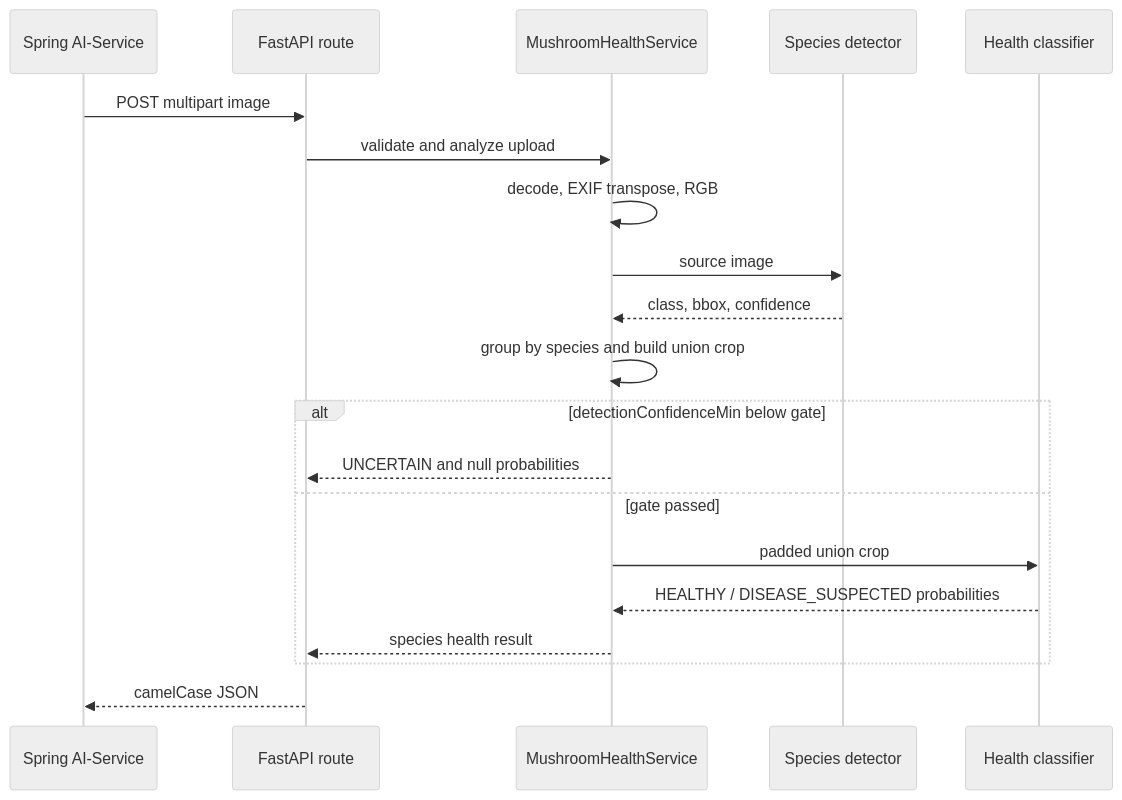
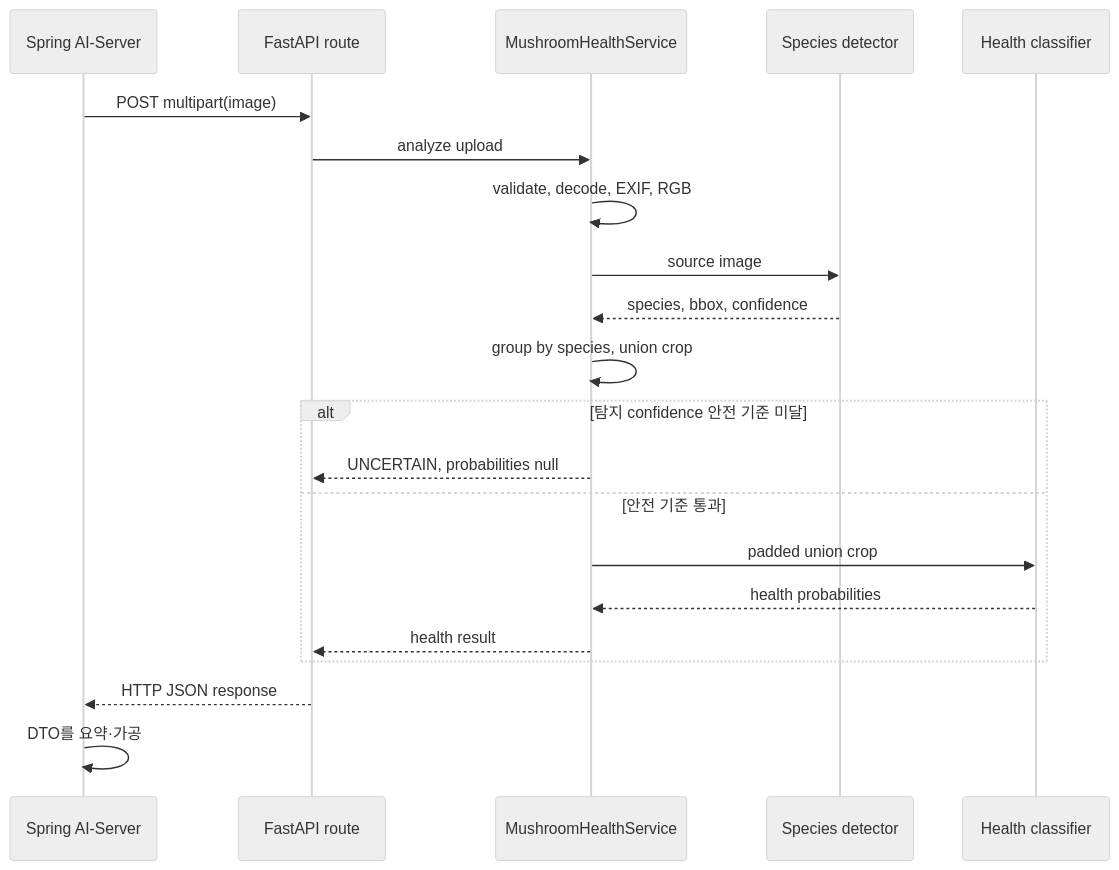
Before and after one commit to nhnacademy-aiot3-yes-ai-do/Vision_server: the second of 4 diagrams in docs/ARCHITECTURE.md, drawn with Mermaid (neutral theme). The commit also changed other lines of this file and 99 other files, not shown here.

````diff
--- a/docs/ARCHITECTURE.md
+++ b/docs/ARCHITECTURE.md
@@ -69,23 +47,24 @@
 ```mermaid
 sequenceDiagram
-    participant S as Spring AI-Service
+    participant S as Spring AI-Server
     participant A as FastAPI route
     participant V as MushroomHealthService
     participant D as Species detector
     participant H as Health classifier
 
-    S->>A: POST multipart image
-    A->>V: validate and analyze upload
-    V->>V: decode, EXIF transpose, RGB
+    S->>A: POST multipart(image)
+    A->>V: analyze upload
+    V->>V: validate, decode, EXIF, RGB
     V->>D: source image
-    D-->>V: class, bbox, confidence
-    V->>V: group by species and build union crop
-    alt detectionConfidenceMin below gate
-        V-->>A: UNCERTAIN and null probabilities
-    else gate passed
+    D-->>V: species, bbox, confidence
+    V->>V: group by species, union crop
+    alt 탐지 confidence 안전 기준 미달
+        V-->>A: UNCERTAIN, probabilities null
+    else 안전 기준 통과
         V->>H: padded union crop
-        H-->>V: HEALTHY / DISEASE_SUSPECTED probabilities
-        V-->>A: species health result
+        H-->>V: health probabilities
+        V-->>A: health result
     end
-    A-->>S: camelCase JSON
+    A-->>S: HTTP JSON response
+    S->>S: DTO를 요약·가공
 ```
````
